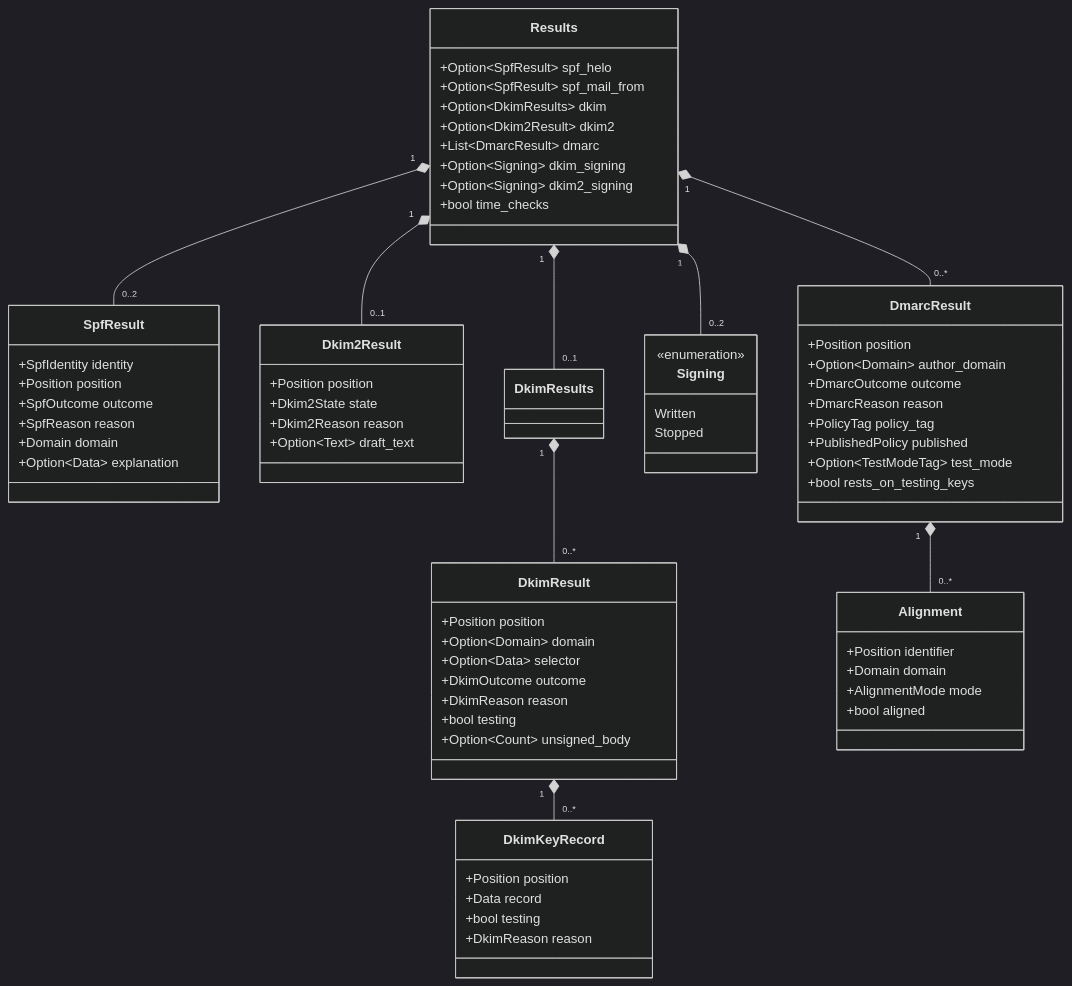
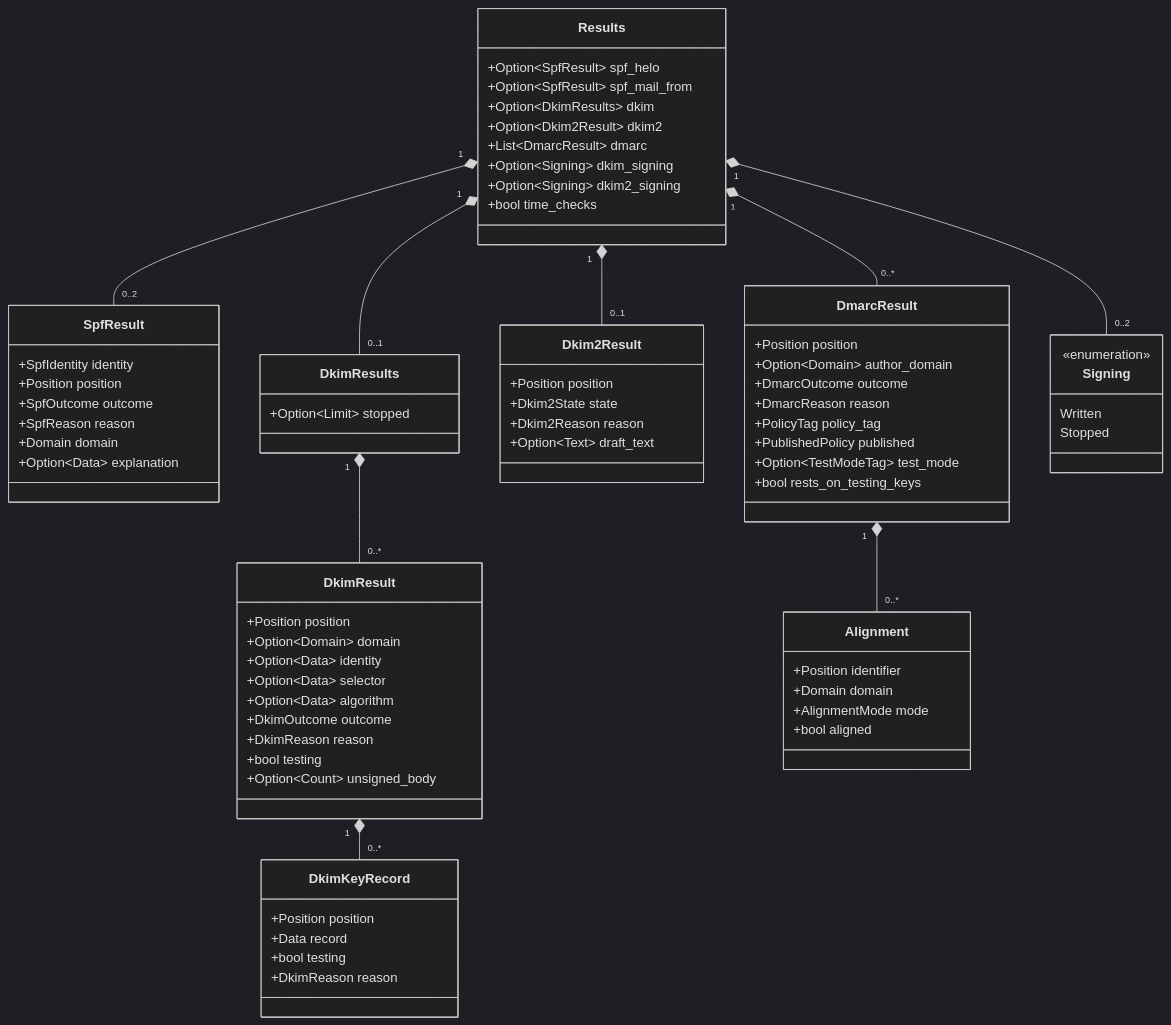
One commit to photom/hallmark changed the fifth of 6 diagrams in docs/reference/design/domain-model.md. Above: the diagram before and after it, drawn with Mermaid (dark theme). The commit also changed 12 other files, not shown here.

````diff
--- a/docs/reference/design/domain-model.md
+++ b/docs/reference/design/domain-model.md
@@ -251,71 +251,76 @@
 ```mermaid
 classDiagram
     class Results {
         +Option~SpfResult~ spf_helo
         +Option~SpfResult~ spf_mail_from
         +Option~DkimResults~ dkim
         +Option~Dkim2Result~ dkim2
         +List~DmarcResult~ dmarc
         +Option~Signing~ dkim_signing
         +Option~Signing~ dkim2_signing
         +bool time_checks
     }
     class SpfResult {
         +SpfIdentity identity
         +Position position
         +SpfOutcome outcome
         +SpfReason reason
         +Domain domain
         +Option~Data~ explanation
     }
+    class DkimResults {
+        +Option~Limit~ stopped
+    }
     class DkimResult {
         +Position position
         +Option~Domain~ domain
+        +Option~Data~ identity
         +Option~Data~ selector
+        +Option~Data~ algorithm
         +DkimOutcome outcome
         +DkimReason reason
         +bool testing
         +Option~Count~ unsigned_body
     }
     class DkimKeyRecord {
         +Position position
         +Data record
         +bool testing
         +DkimReason reason
     }
     class Dkim2Result {
         +Position position
         +Dkim2State state
         +Dkim2Reason reason
         +Option~Text~ draft_text
     }
     class DmarcResult {
         +Position position
         +Option~Domain~ author_domain
         +DmarcOutcome outcome
         +DmarcReason reason
         +PolicyTag policy_tag
         +PublishedPolicy published
         +Option~TestModeTag~ test_mode
         +bool rests_on_testing_keys
     }
     class Alignment {
         +Position identifier
         +Domain domain
         +AlignmentMode mode
         +bool aligned
     }
     class Signing {
         <<enumeration>>
         Written
         Stopped
     }
     Results "1" *-- "0..2" SpfResult
     Results "1" *-- "0..1" DkimResults
     DkimResults "1" *-- "0..*" DkimResult
     DkimResult "1" *-- "0..*" DkimKeyRecord
     Results "1" *-- "0..1" Dkim2Result
     Results "1" *-- "0..*" DmarcResult
     DmarcResult "1" *-- "0..*" Alignment
     Results "1" *-- "0..2" Signing
 ```
````
